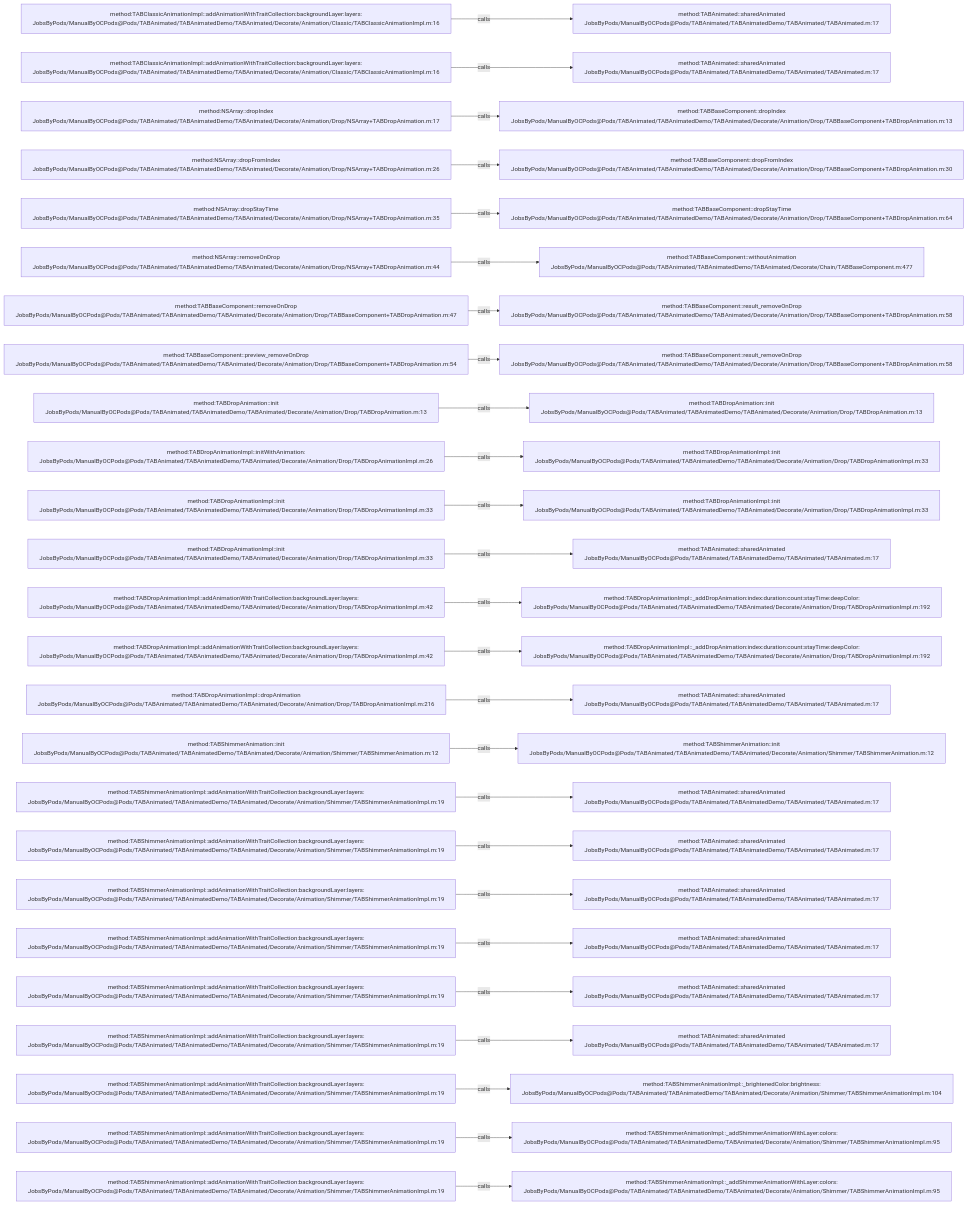
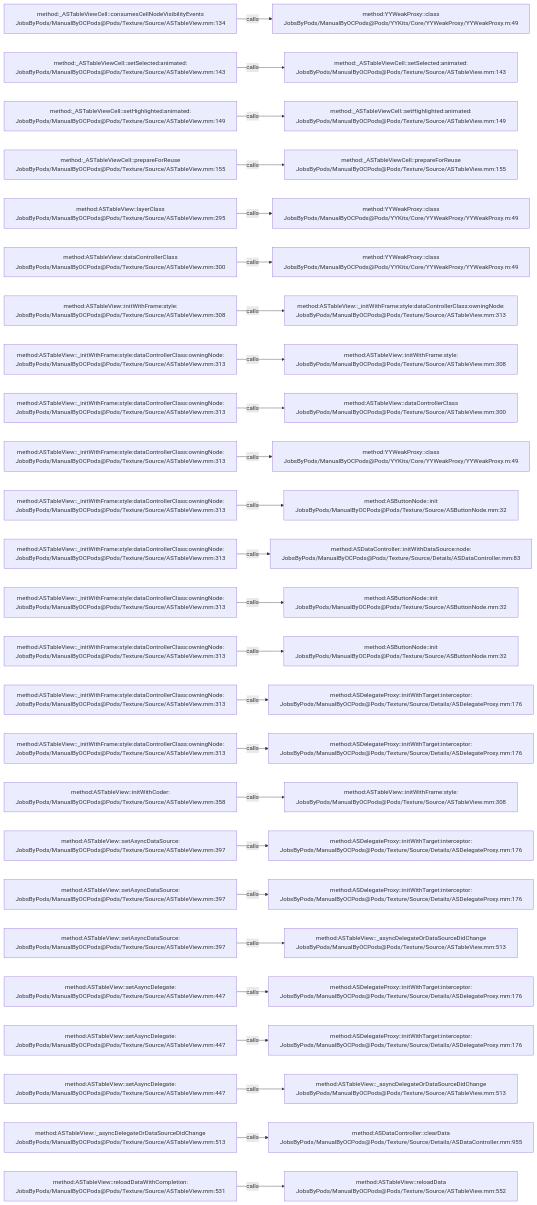
Before and after one commit to JobsKits/JobsOCBaseConfigDemo: the diagram in .codegraph/codegraph.md/graphs/calls-134.md, drawn with Mermaid. The commit also changed 2162 other files, not shown here.

````diff
--- a/.codegraph/codegraph.md/graphs/calls-134.md
+++ b/.codegraph/codegraph.md/graphs/calls-134.md
@@ -13,78 +13,78 @@
 ```mermaid
 flowchart LR
-  S1["method:TABClassicAnimationImpl::addAnimationWithTraitCollection:backgroundLayer:layers:<br/>JobsByPods/ManualByOCPods@Pods/TABAnimated/TABAnimatedDemo/TABAnimated/Decorate/Animation/Classic/TABClassicAnimationImpl.m:16"]
-  T1["method:TABAnimated::sharedAnimated<br/>JobsByPods/ManualByOCPods@Pods/TABAnimated/TABAnimatedDemo/TABAnimated/TABAnimated.m:17"]
+  S1["method:_ASTableViewCell::consumesCellNodeVisibilityEvents<br/>JobsByPods/ManualByOCPods@Pods/Texture/Source/ASTableView.mm:134"]
+  T1["method:YYWeakProxy::class<br/>JobsByPods/ManualByOCPods@Pods/YYKits/Core/YYWeakProxy/YYWeakProxy.m:49"]
   S1 -->|calls| T1
-  S2["method:TABClassicAnimationImpl::addAnimationWithTraitCollection:backgroundLayer:layers:<br/>JobsByPods/ManualByOCPods@Pods/TABAnimated/TABAnimatedDemo/TABAnimated/Decorate/Animation/Classic/TABClassicAnimationImpl.m:16"]
-  T2["method:TABAnimated::sharedAnimated<br/>JobsByPods/ManualByOCPods@Pods/TABAnimated/TABAnimatedDemo/TABAnimated/TABAnimated.m:17"]
+  S2["method:_ASTableViewCell::setSelected:animated:<br/>JobsByPods/ManualByOCPods@Pods/Texture/Source/ASTableView.mm:143"]
+  T2["method:_ASTableViewCell::setSelected:animated:<br/>JobsByPods/ManualByOCPods@Pods/Texture/Source/ASTableView.mm:143"]
   S2 -->|calls| T2
-  S3["method:NSArray::dropIndex<br/>JobsByPods/ManualByOCPods@Pods/TABAnimated/TABAnimatedDemo/TABAnimated/Decorate/Animation/Drop/NSArray+TABDropAnimation.m:17"]
-  T3["method:TABBaseComponent::dropIndex<br/>JobsByPods/ManualByOCPods@Pods/TABAnimated/TABAnimatedDemo/TABAnimated/Decorate/Animation/Drop/TABBaseComponent+TABDropAnimation.m:13"]
+  S3["method:_ASTableViewCell::setHighlighted:animated:<br/>JobsByPods/ManualByOCPods@Pods/Texture/Source/ASTableView.mm:149"]
+  T3["method:_ASTableViewCell::setHighlighted:animated:<br/>JobsByPods/ManualByOCPods@Pods/Texture/Source/ASTableView.mm:149"]
   S3 -->|calls| T3
-  S4["method:NSArray::dropFromIndex<br/>JobsByPods/ManualByOCPods@Pods/TABAnimated/TABAnimatedDemo/TABAnimated/Decorate/Animation/Drop/NSArray+TABDropAnimation.m:26"]
-  T4["method:TABBaseComponent::dropFromIndex<br/>JobsByPods/ManualByOCPods@Pods/TABAnimated/TABAnimatedDemo/TABAnimated/Decorate/Animation/Drop/TABBaseComponent+TABDropAnimation.m:30"]
+  S4["method:_ASTableViewCell::prepareForReuse<br/>JobsByPods/ManualByOCPods@Pods/Texture/Source/ASTableView.mm:155"]
+  T4["method:_ASTableViewCell::prepareForReuse<br/>JobsByPods/ManualByOCPods@Pods/Texture/Source/ASTableView.mm:155"]
   S4 -->|calls| T4
-  S5["method:NSArray::dropStayTime<br/>JobsByPods/ManualByOCPods@Pods/TABAnimated/TABAnimatedDemo/TABAnimated/Decorate/Animation/Drop/NSArray+TABDropAnimation.m:35"]
-  T5["method:TABBaseComponent::dropStayTime<br/>JobsByPods/ManualByOCPods@Pods/TABAnimated/TABAnimatedDemo/TABAnimated/Decorate/Animation/Drop/TABBaseComponent+TABDropAnimation.m:64"]
+  S5["method:ASTableView::layerClass<br/>JobsByPods/ManualByOCPods@Pods/Texture/Source/ASTableView.mm:295"]
+  T5["method:YYWeakProxy::class<br/>JobsByPods/ManualByOCPods@Pods/YYKits/Core/YYWeakProxy/YYWeakProxy.m:49"]
   S5 -->|calls| T5
-  S6["method:NSArray::removeOnDrop<br/>JobsByPods/ManualByOCPods@Pods/TABAnimated/TABAnimatedDemo/TABAnimated/Decorate/Animation/Drop/NSArray+TABDropAnimation.m:44"]
-  T6["method:TABBaseComponent::withoutAnimation<br/>JobsByPods/ManualByOCPods@Pods/TABAnimated/TABAnimatedDemo/TABAnimated/Decorate/Chain/TABBaseComponent.m:477"]
+  S6["method:ASTableView::dataControllerClass<br/>JobsByPods/ManualByOCPods@Pods/Texture/Source/ASTableView.mm:300"]
+  T6["method:YYWeakProxy::class<br/>JobsByPods/ManualByOCPods@Pods/YYKits/Core/YYWeakProxy/YYWeakProxy.m:49"]
   S6 -->|calls| T6
-  S7["method:TABBaseComponent::removeOnDrop<br/>JobsByPods/ManualByOCPods@Pods/TABAnimated/TABAnimatedDemo/TABAnimated/Decorate/Animation/Drop/TABBaseComponent+TABDropAnimation.m:47"]
-  T7["method:TABBaseComponent::result_removeOnDrop<br/>JobsByPods/ManualByOCPods@Pods/TABAnimated/TABAnimatedDemo/TABAnimated/Decorate/Animation/Drop/TABBaseComponent+TABDropAnimation.m:58"]
+  S7["method:ASTableView::initWithFrame:style:<br/>JobsByPods/ManualByOCPods@Pods/Texture/Source/ASTableView.mm:308"]
+  T7["method:ASTableView::_initWithFrame:style:dataControllerClass:owningNode:<br/>JobsByPods/ManualByOCPods@Pods/Texture/Source/ASTableView.mm:313"]
   S7 -->|calls| T7
-  S8["method:TABBaseComponent::preview_removeOnDrop<br/>JobsByPods/ManualByOCPods@Pods/TABAnimated/TABAnimatedDemo/TABAnimated/Decorate/Animation/Drop/TABBaseComponent+TABDropAnimation.m:54"]
-  T8["method:TABBaseComponent::result_removeOnDrop<br/>JobsByPods/ManualByOCPods@Pods/TABAnimated/TABAnimatedDemo/TABAnimated/Decorate/Animation/Drop/TABBaseComponent+TABDropAnimation.m:58"]
+  S8["method:ASTableView::_initWithFrame:style:dataControllerClass:owningNode:<br/>JobsByPods/ManualByOCPods@Pods/Texture/Source/ASTableView.mm:313"]
+  T8["method:ASTableView::initWithFrame:style:<br/>JobsByPods/ManualByOCPods@Pods/Texture/Source/ASTableView.mm:308"]
   S8 -->|calls| T8
-  S9["method:TABDropAnimation::init<br/>JobsByPods/ManualByOCPods@Pods/TABAnimated/TABAnimatedDemo/TABAnimated/Decorate/Animation/Drop/TABDropAnimation.m:13"]
-  T9["method:TABDropAnimation::init<br/>JobsByPods/ManualByOCPods@Pods/TABAnimated/TABAnimatedDemo/TABAnimated/Decorate/Animation/Drop/TABDropAnimation.m:13"]
+  S9["method:ASTableView::_initWithFrame:style:dataControllerClass:owningNode:<br/>JobsByPods/ManualByOCPods@Pods/Texture/Source/ASTableView.mm:313"]
+  T9["method:ASTableView::dataControllerClass<br/>JobsByPods/ManualByOCPods@Pods/Texture/Source/ASTableView.mm:300"]
   S9 -->|calls| T9
-  S10["method:TABDropAnimationImpl::initWithAnimation:<br/>JobsByPods/ManualByOCPods@Pods/TABAnimated/TABAnimatedDemo/TABAnimated/Decorate/Animation/Drop/TABDropAnimationImpl.m:26"]
-  T10["method:TABDropAnimationImpl::init<br/>JobsByPods/ManualByOCPods@Pods/TABAnimated/TABAnimatedDemo/TABAnimated/Decorate/Animation/Drop/TABDropAnimationImpl.m:33"]
+  S10["method:ASTableView::_initWithFrame:style:dataControllerClass:owningNode:<br/>JobsByPods/ManualByOCPods@Pods/Texture/Source/ASTableView.mm:313"]
+  T10["method:YYWeakProxy::class<br/>JobsByPods/ManualByOCPods@Pods/YYKits/Core/YYWeakProxy/YYWeakProxy.m:49"]
   S10 -->|calls| T10
-  S11["method:TABDropAnimationImpl::init<br/>JobsByPods/ManualByOCPods@Pods/TABAnimated/TABAnimatedDemo/TABAnimated/Decorate/Animation/Drop/TABDropAnimationImpl.m:33"]
-  T11["method:TABDropAnimationImpl::init<br/>JobsByPods/ManualByOCPods@Pods/TABAnimated/TABAnimatedDemo/TABAnimated/Decorate/Animation/Drop/TABDropAnimationImpl.m:33"]
+  S11["method:ASTableView::_initWithFrame:style:dataControllerClass:owningNode:<br/>JobsByPods/ManualByOCPods@Pods/Texture/Source/ASTableView.mm:313"]
+  T11["method:ASButtonNode::init<br/>JobsByPods/ManualByOCPods@Pods/Texture/Source/ASButtonNode.mm:32"]
   S11 -->|calls| T11
-  S12["method:TABDropAnimationImpl::init<br/>JobsByPods/ManualByOCPods@Pods/TABAnimated/TABAnimatedDemo/TABAnimated/Decorate/Animation/Drop/TABDropAnimationImpl.m:33"]
-  T12["method:TABAnimated::sharedAnimated<br/>JobsByPods/ManualByOCPods@Pods/TABAnimated/TABAnimatedDemo/TABAnimated/TABAnimated.m:17"]
+  S12["method:ASTableView::_initWithFrame:style:dataControllerClass:owningNode:<br/>JobsByPods/ManualByOCPods@Pods/Texture/Source/ASTableView.mm:313"]
+  T12["method:ASDataController::initWithDataSource:node:<br/>JobsByPods/ManualByOCPods@Pods/Texture/Source/Details/ASDataController.mm:83"]
   S12 -->|calls| T12
-  S13["method:TABDropAnimationImpl::addAnimationWithTraitCollection:backgroundLayer:layers:<br/>JobsByPods/ManualByOCPods@Pods/TABAnimated/TABAnimatedDemo/TABAnimated/Decorate/Animation/Drop/TABDropAnimationImpl.m:42"]
-  T13["method:TABDropAnimationImpl::_addDropAnimation:index:duration:count:stayTime:deepColor:<br/>JobsByPods/ManualByOCPods@Pods/TABAnimated/TABAnimatedDemo/TABAnimated/Decorate/Animation/Drop/TABDropAnimationImpl.m:192"]
+  S13["method:ASTableView::_initWithFrame:style:dataControllerClass:owningNode:<br/>JobsByPods/ManualByOCPods@Pods/Texture/Source/ASTableView.mm:313"]
+  T13["method:ASButtonNode::init<br/>JobsByPods/ManualByOCPods@Pods/Texture/Source/ASButtonNode.mm:32"]
   S13 -->|calls| T13
-  S14["method:TABDropAnimationImpl::addAnimationWithTraitCollection:backgroundLayer:layers:<br/>JobsByPods/ManualByOCPods@Pods/TABAnimated/TABAnimatedDemo/TABAnimated/Decorate/Animation/Drop/TABDropAnimationImpl.m:42"]
-  T14["method:TABDropAnimationImpl::_addDropAnimation:index:duration:count:stayTime:deepColor:<br/>JobsByPods/ManualByOCPods@Pods/TABAnimated/TABAnimatedDemo/TABAnimated/Decorate/Animation/Drop/TABDropAnimationImpl.m:192"]
+  S14["method:ASTableView::_initWithFrame:style:dataControllerClass:owningNode:<br/>JobsByPods/ManualByOCPods@Pods/Texture/Source/ASTableView.mm:313"]
+  T14["method:ASButtonNode::init<br/>JobsByPods/ManualByOCPods@Pods/Texture/Source/ASButtonNode.mm:32"]
   S14 -->|calls| T14
-  S15["method:TABDropAnimationImpl::dropAnimation<br/>JobsByPods/ManualByOCPods@Pods/TABAnimated/TABAnimatedDemo/TABAnimated/Decorate/Animation/Drop/TABDropAnimationImpl.m:216"]
-  T15["method:TABAnimated::sharedAnimated<br/>JobsByPods/ManualByOCPods@Pods/TABAnimated/TABAnimatedDemo/TABAnimated/TABAnimated.m:17"]
+  S15["method:ASTableView::_initWithFrame:style:dataControllerClass:owningNode:<br/>JobsByPods/ManualByOCPods@Pods/Texture/Source/ASTableView.mm:313"]
+  T15["method:ASDelegateProxy::initWithTarget:interceptor:<br/>JobsByPods/ManualByOCPods@Pods/Texture/Source/Details/ASDelegateProxy.mm:176"]
   S15 -->|calls| T15
-  S16["method:TABShimmerAnimation::init<br/>JobsByPods/ManualByOCPods@Pods/TABAnimated/TABAnimatedDemo/TABAnimated/Decorate/Animation/Shimmer/TABShimmerAnimation.m:12"]
-  T16["method:TABShimmerAnimation::init<br/>JobsByPods/ManualByOCPods@Pods/TABAnimated/TABAnimatedDemo/TABAnimated/Decorate/Animation/Shimmer/TABShimmerAnimation.m:12"]
+  S16["method:ASTableView::_initWithFrame:style:dataControllerClass:owningNode:<br/>JobsByPods/ManualByOCPods@Pods/Texture/Source/ASTableView.mm:313"]
+  T16["method:ASDelegateProxy::initWithTarget:interceptor:<br/>JobsByPods/ManualByOCPods@Pods/Texture/Source/Details/ASDelegateProxy.mm:176"]
   S16 -->|calls| T16
-  S17["method:TABShimmerAnimationImpl::addAnimationWithTraitCollection:backgroundLayer:layers:<br/>JobsByPods/ManualByOCPods@Pods/TABAnimated/TABAnimatedDemo/TABAnimated/Decorate/Animation/Shimmer/TABShimmerAnimationImpl.m:19"]
-  T17["method:TABAnimated::sharedAnimated<br/>JobsByPods/ManualByOCPods@Pods/TABAnimated/TABAnimatedDemo/TABAnimated/TABAnimated.m:17"]
+  S17["method:ASTableView::initWithCoder:<br/>JobsByPods/ManualByOCPods@Pods/Texture/Source/ASTableView.mm:358"]
+  T17["method:ASTableView::initWithFrame:style:<br/>JobsByPods/ManualByOCPods@Pods/Texture/Source/ASTableView.mm:308"]
   S17 -->|calls| T17
-  S18["method:TABShimmerAnimationImpl::addAnimationWithTraitCollection:backgroundLayer:layers:<br/>JobsByPods/ManualByOCPods@Pods/TABAnimated/TABAnimatedDemo/TABAnimated/Decorate/Animation/Shimmer/TABShimmerAnimationImpl.m:19"]
-  T18["method:TABAnimated::sharedAnimated<br/>JobsByPods/ManualByOCPods@Pods/TABAnimated/TABAnimatedDemo/TABAnimated/TABAnimated.m:17"]
+  S18["method:ASTableView::setAsyncDataSource:<br/>JobsByPods/ManualByOCPods@Pods/Texture/Source/ASTableView.mm:397"]
+  T18["method:ASDelegateProxy::initWithTarget:interceptor:<br/>JobsByPods/ManualByOCPods@Pods/Texture/Source/Details/ASDelegateProxy.mm:176"]
   S18 -->|calls| T18
-  S19["method:TABShimmerAnimationImpl::addAnimationWithTraitCollection:backgroundLayer:layers:<br/>JobsByPods/ManualByOCPods@Pods/TABAnimated/TABAnimatedDemo/TABAnimated/Decorate/Animation/Shimmer/TABShimmerAnimationImpl.m:19"]
-  T19["method:TABAnimated::sharedAnimated<br/>JobsByPods/ManualByOCPods@Pods/TABAnimated/TABAnimatedDemo/TABAnimated/TABAnimated.m:17"]
+  S19["method:ASTableView::setAsyncDataSource:<br/>JobsByPods/ManualByOCPods@Pods/Texture/Source/ASTableView.mm:397"]
+  T19["method:ASDelegateProxy::initWithTarget:interceptor:<br/>JobsByPods/ManualByOCPods@Pods/Texture/Source/Details/ASDelegateProxy.mm:176"]
   S19 -->|calls| T19
-  S20["method:TABShimmerAnimationImpl::addAnimationWithTraitCollection:backgroundLayer:layers:<br/>JobsByPods/ManualByOCPods@Pods/TABAnimated/TABAnimatedDemo/TABAnimated/Decorate/Animation/Shimmer/TABShimmerAnimationImpl.m:19"]
-  T20["method:TABAnimated::sharedAnimated<br/>JobsByPods/ManualByOCPods@Pods/TABAnimated/TABAnimatedDemo/TABAnimated/TABAnimated.m:17"]
+  S20["method:ASTableView::setAsyncDataSource:<br/>JobsByPods/ManualByOCPods@Pods/Texture/Source/ASTableView.mm:397"]
+  T20["method:ASTableView::_asyncDelegateOrDataSourceDidChange<br/>JobsByPods/ManualByOCPods@Pods/Texture/Source/ASTableView.mm:513"]
   S20 -->|calls| T20
-  S21["method:TABShimmerAnimationImpl::addAnimationWithTraitCollection:backgroundLayer:layers:<br/>JobsByPods/ManualByOCPods@Pods/TABAnimated/TABAnimatedDemo/TABAnimated/Decorate/Animation/Shimmer/TABShimmerAnimationImpl.m:19"]
-  T21["method:TABAnimated::sharedAnimated<br/>JobsByPods/ManualByOCPods@Pods/TABAnimated/TABAnimatedDemo/TABAnimated/TABAnimated.m:17"]
+  S21["method:ASTableView::setAsyncDelegate:<br/>JobsByPods/ManualByOCPods@Pods/Texture/Source/ASTableView.mm:447"]
+  T21["method:ASDelegateProxy::initWithTarget:interceptor:<br/>JobsByPods/ManualByOCPods@Pods/Texture/Source/Details/ASDelegateProxy.mm:176"]
   S21 -->|calls| T21
-  S22["method:TABShimmerAnimationImpl::addAnimationWithTraitCollection:backgroundLayer:layers:<br/>JobsByPods/ManualByOCPods@Pods/TABAnimated/TABAnimatedDemo/TABAnimated/Decorate/Animation/Shimmer/TABShimmerAnimationImpl.m:19"]
-  T22["method:TABAnimated::sharedAnimated<br/>JobsByPods/ManualByOCPods@Pods/TABAnimated/TABAnimatedDemo/TABAnimated/TABAnimated.m:17"]
+  S22["method:ASTableView::setAsyncDelegate:<br/>JobsByPods/ManualByOCPods@Pods/Texture/Source/ASTableView.mm:447"]
+  T22["method:ASDelegateProxy::initWithTarget:interceptor:<br/>JobsByPods/ManualByOCPods@Pods/Texture/Source/Details/ASDelegateProxy.mm:176"]
   S22 -->|calls| T22
-  S23["method:TABShimmerAnimationImpl::addAnimationWithTraitCollection:backgroundLayer:layers:<br/>JobsByPods/ManualByOCPods@Pods/TABAnimated/TABAnimatedDemo/TABAnimated/Decorate/Animation/Shimmer/TABShimmerAnimationImpl.m:19"]
-  T23["method:TABShimmerAnimationImpl::_brightenedColor:brightness:<br/>JobsByPods/ManualByOCPods@Pods/TABAnimated/TABAnimatedDemo/TABAnimated/Decorate/Animation/Shimmer/TABShimmerAnimationImpl.m:104"]
+  S23["method:ASTableView::setAsyncDelegate:<br/>JobsByPods/ManualByOCPods@Pods/Texture/Source/ASTableView.mm:447"]
+  T23["method:ASTableView::_asyncDelegateOrDataSourceDidChange<br/>JobsByPods/ManualByOCPods@Pods/Texture/Source/ASTableView.mm:513"]
   S23 -->|calls| T23
-  S24["method:TABShimmerAnimationImpl::addAnimationWithTraitCollection:backgroundLayer:layers:<br/>JobsByPods/ManualByOCPods@Pods/TABAnimated/TABAnimatedDemo/TABAnimated/Decorate/Animation/Shimmer/TABShimmerAnimationImpl.m:19"]
-  T24["method:TABShimmerAnimationImpl::_addShimmerAnimationWithLayer:colors:<br/>JobsByPods/ManualByOCPods@Pods/TABAnimated/TABAnimatedDemo/TABAnimated/Decorate/Animation/Shimmer/TABShimmerAnimationImpl.m:95"]
+  S24["method:ASTableView::_asyncDelegateOrDataSourceDidChange<br/>JobsByPods/ManualByOCPods@Pods/Texture/Source/ASTableView.mm:513"]
+  T24["method:ASDataController::clearData<br/>JobsByPods/ManualByOCPods@Pods/Texture/Source/Details/ASDataController.mm:955"]
   S24 -->|calls| T24
-  S25["method:TABShimmerAnimationImpl::addAnimationWithTraitCollection:backgroundLayer:layers:<br/>JobsByPods/ManualByOCPods@Pods/TABAnimated/TABAnimatedDemo/TABAnimated/Decorate/Animation/Shimmer/TABShimmerAnimationImpl.m:19"]
-  T25["method:TABShimmerAnimationImpl::_addShimmerAnimationWithLayer:colors:<br/>JobsByPods/ManualByOCPods@Pods/TABAnimated/TABAnimatedDemo/TABAnimated/Decorate/Animation/Shimmer/TABShimmerAnimationImpl.m:95"]
+  S25["method:ASTableView::reloadDataWithCompletion:<br/>JobsByPods/ManualByOCPods@Pods/Texture/Source/ASTableView.mm:531"]
+  T25["method:ASTableView::reloadData<br/>JobsByPods/ManualByOCPods@Pods/Texture/Source/ASTableView.mm:552"]
   S25 -->|calls| T25
 ```
````
